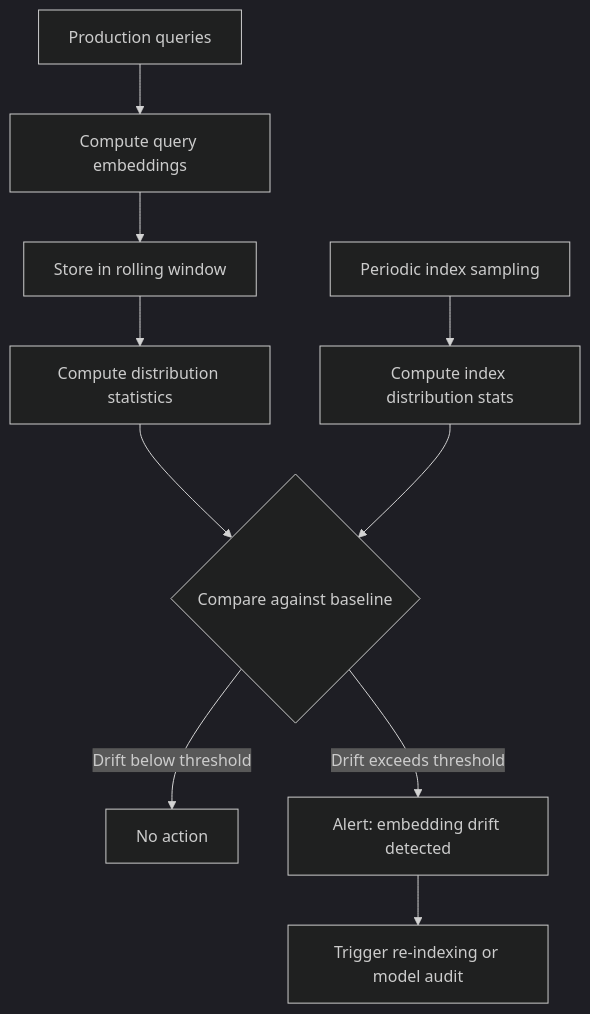
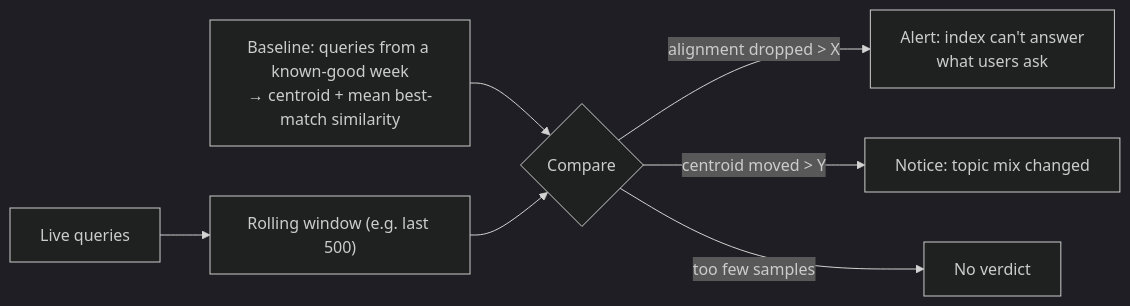
Before and after one commit to PrajwalAmte/AI-Engineering-Patterns: the diagram in content/patterns/observability-and-evaluation/embedding-drift-detector.md, drawn with Mermaid (dark theme). The commit also changed other lines of this file and 190 other files, not shown here.

````diff
--- a/content/patterns/observability-and-evaluation/embedding-drift-detector.md
+++ b/content/patterns/observability-and-evaluation/embedding-drift-detector.md
@@ -35,12 +40,9 @@
-```mermaid
-flowchart TD
-    A["Production queries"] --> B["Compute query embeddings"]
-    B --> C["Store in rolling window"]
-    C --> D["Compute distribution statistics"]
-    D --> E{"Compare against baseline"}
-    E -->|"Drift below threshold"| F["No action"]
-    E -->|"Drift exceeds threshold"| G["Alert: embedding drift detected"]
-    G --> H["Trigger re-indexing or model audit"]
-    I["Periodic index sampling"] --> J["Compute index distribution stats"]
-    J --> E
-```
+<pre class="mermaid">
+flowchart LR
+    B["Baseline: queries from a known-good week<br/>→ centroid + mean best-match similarity"] --> C
+    Q["Live queries"] --> W["Rolling window (e.g. last 500)"]
+    W --> C{"Compare"}
+    C -->|"alignment dropped > X"| A1["Alert: index can't answer<br/>what users ask"]
+    C -->|"centroid moved > Y"| A2["Notice: topic mix changed"]
+    C -->|"too few samples"| N["No verdict"]
+</pre>
````
